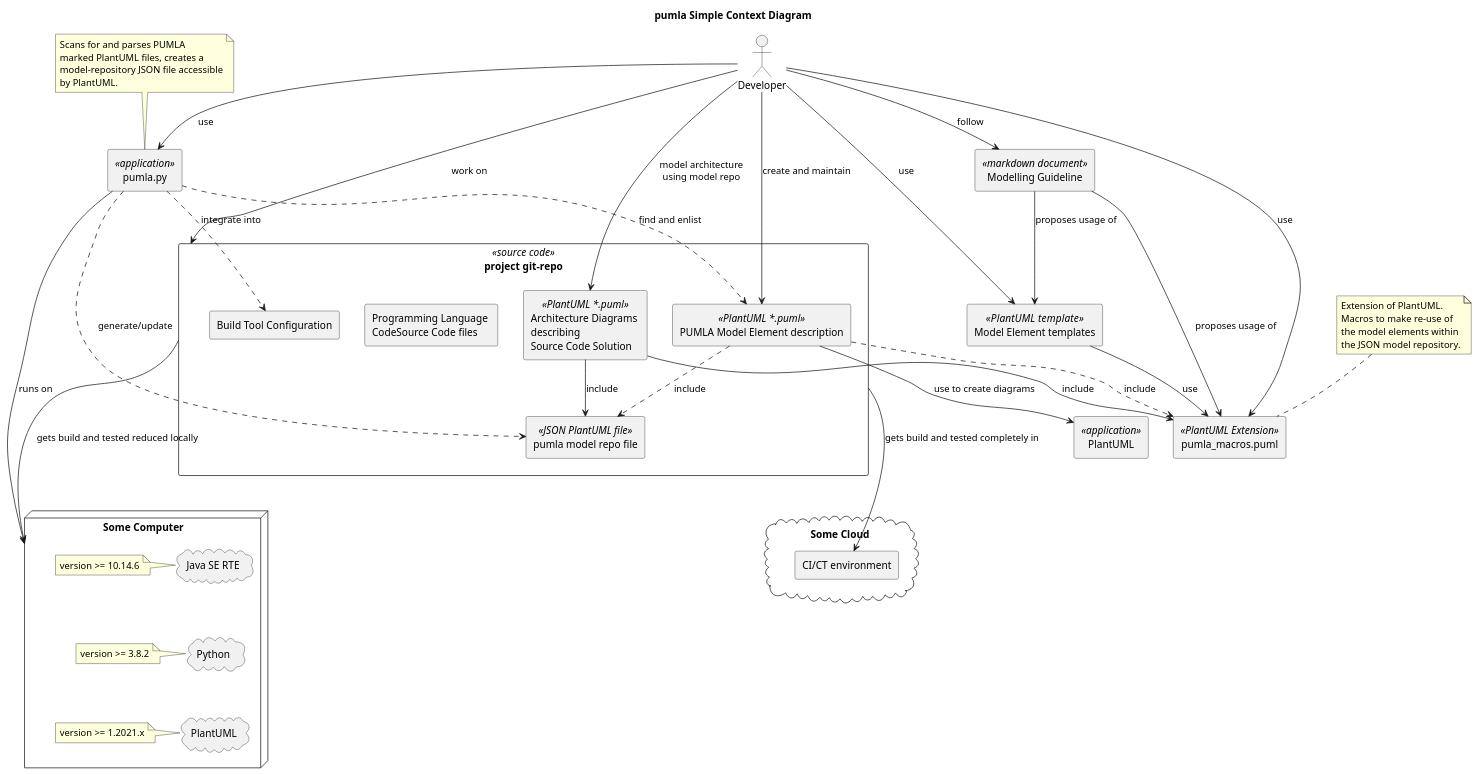
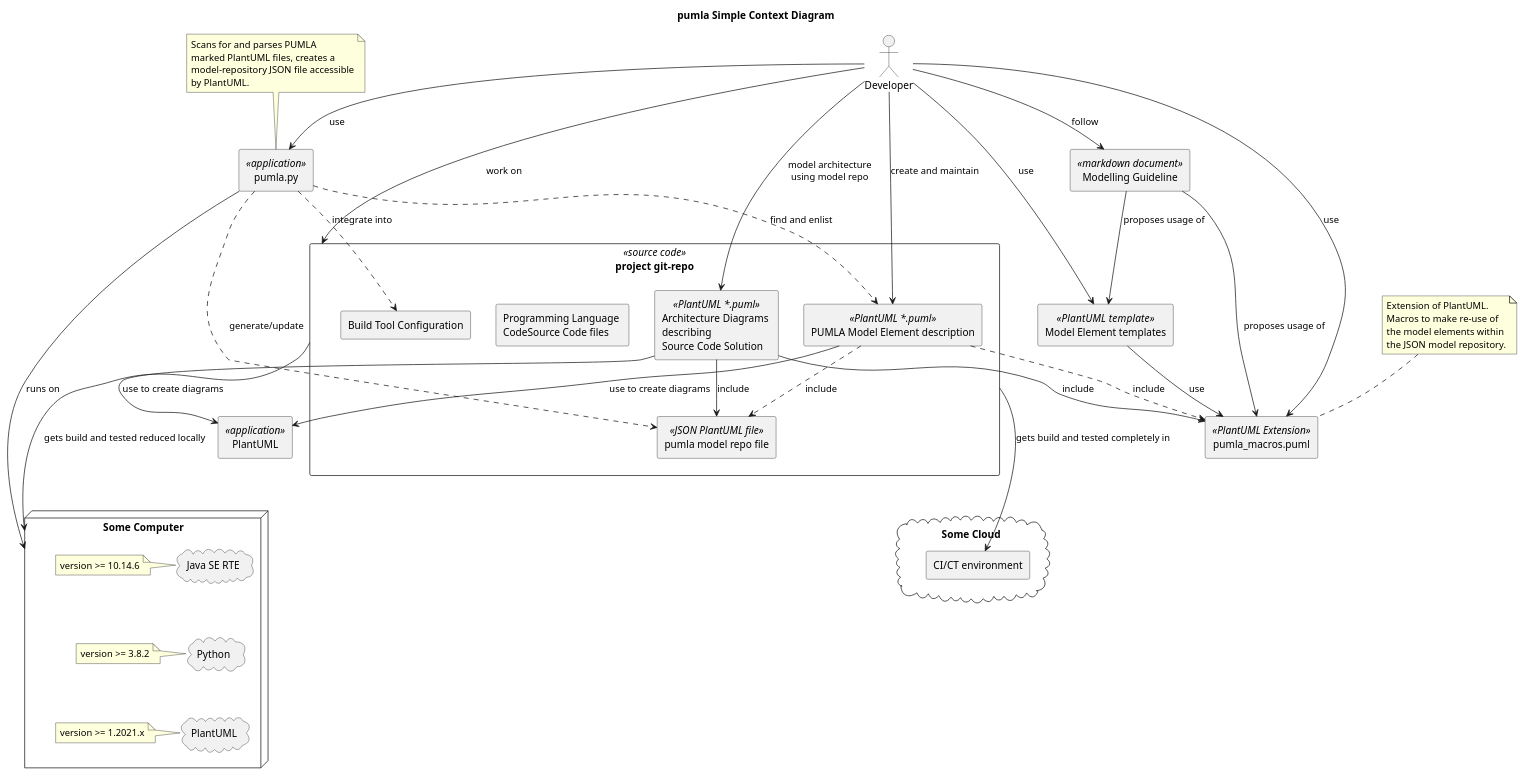
The diagram in arch/01_context/pumla_context.puml (DrMarkusVoss/pumla), drawn with PlantUML before and after one commit. The commit also changed 28 other files, not shown here.

```diff
--- a/arch/01_context/pumla_context.puml
+++ b/arch/01_context/pumla_context.puml
@@ -1,103 +1,104 @@
 @startuml
 
 skinparam componentStyle uml2
 
 title pumla Simple Context Diagram
 
 
 :Developer: as dev
 
 
 rectangle "pumla.py" <<application>> as pumla {
 }
 
 rectangle "pumla_macros.puml" <<PlantUML Extension>> as pmac {
 }
 
 rectangle "PlantUML" <<application>> as plantuml {
 }
 
 note top of pmac
     Extension of PlantUML.
     Macros to make re-use of
     the model elements within
     the JSON model repository.
 end note
 
 rectangle "project git-repo" <<source code>> as pgr {
 rectangle "PUMLA Model Element description" <<PlantUML *.puml>>  as pumlf {
 }
 rectangle "Architecture Diagrams \ndescribing \nSource Code Solution" <<PlantUML *.puml>>  as archdiags {
 }
 rectangle "pumla model repo file" <<JSON PlantUML file>> as pumlamr {
 }
 
 rectangle "Programming Language \nCodeSource Code files" {
 }
 rectangle "Build Tool Configuration" as btc {
 }
 }
 
 rectangle "Modelling Guideline" <<markdown document>> as modguid {
 }
 
 rectangle "Model Element templates" <<PlantUML  template>> as templ {
 }
 
 note top of pumla
     Scans for and parses PUMLA
     marked PlantUML files, creates a
     model-repository JSON file accessible
     by PlantUML.
 end note
 
 
 node "Some Computer" as sco {
 cloud "Java SE RTE" as Java {
 }
  note left of Java : version >= 10.14.6
 
 cloud Python {
  }
  note left of Python: version >= 3.8.2
 
 cloud PlantUML as puml {
 
  }
  note left of puml: version >= 1.2021.x
 
 }
 
 cloud "Some Cloud" as cloud {
  rectangle "CI/CT environment" as cict {
  }
 }
 
 Java -[hidden]-> Python
 Python -[hidden]-> puml
 pumlamr -[hidden]-> sco
 pumlamr -[hidden]-> cloud
 
 pumla --> sco: runs on
 
 dev-->pumla: use
 dev-->pgr: work on
 dev-->modguid: follow
 dev-->templ : use
 dev --> archdiags : model architecture\nusing model repo
 templ-->pmac :use
 modguid--> pmac: proposes usage of
 modguid--> templ: proposes usage of
 archdiags-->pmac : include
 archdiags-->pumlamr : include
 pumla ..> btc: integrate into
 pumla ..> pumlamr: generate/update
 pumla ..> pumlf: find and enlist
 pumlf ..> pumlamr: include
 pumlf ..> pmac : include
 dev --> pmac : use
 dev --> pumlf : create and maintain
 pgr --> cict : gets build and tested completely in
 pgr --> sco : gets build and tested reduced locally
 pumlf --> plantuml: use to create diagrams
+archdiags -->plantuml: use to create diagrams
 @enduml
```
